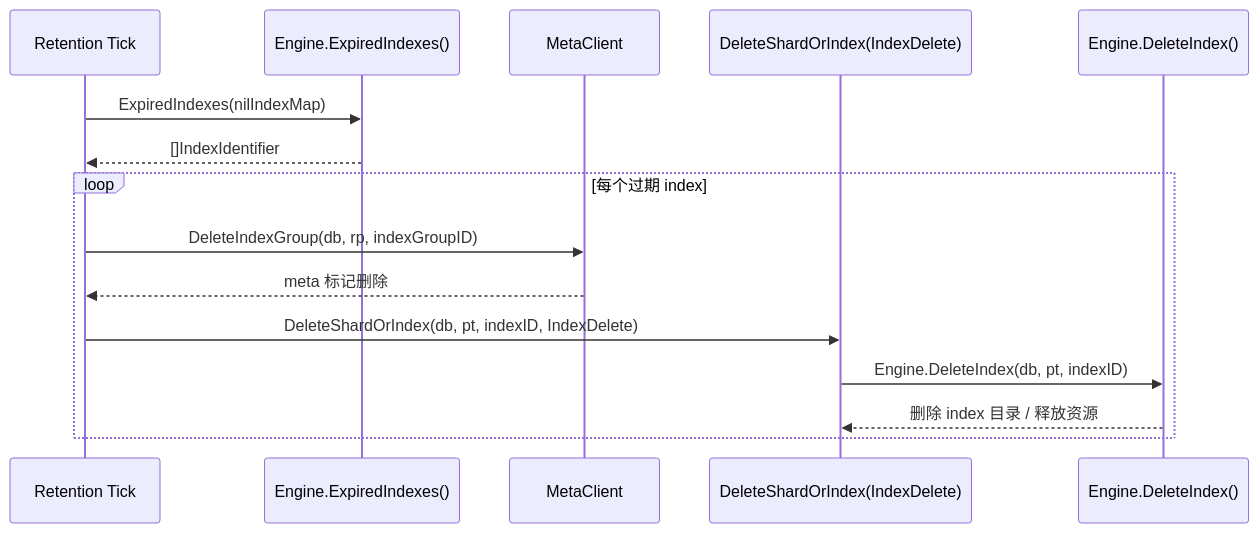
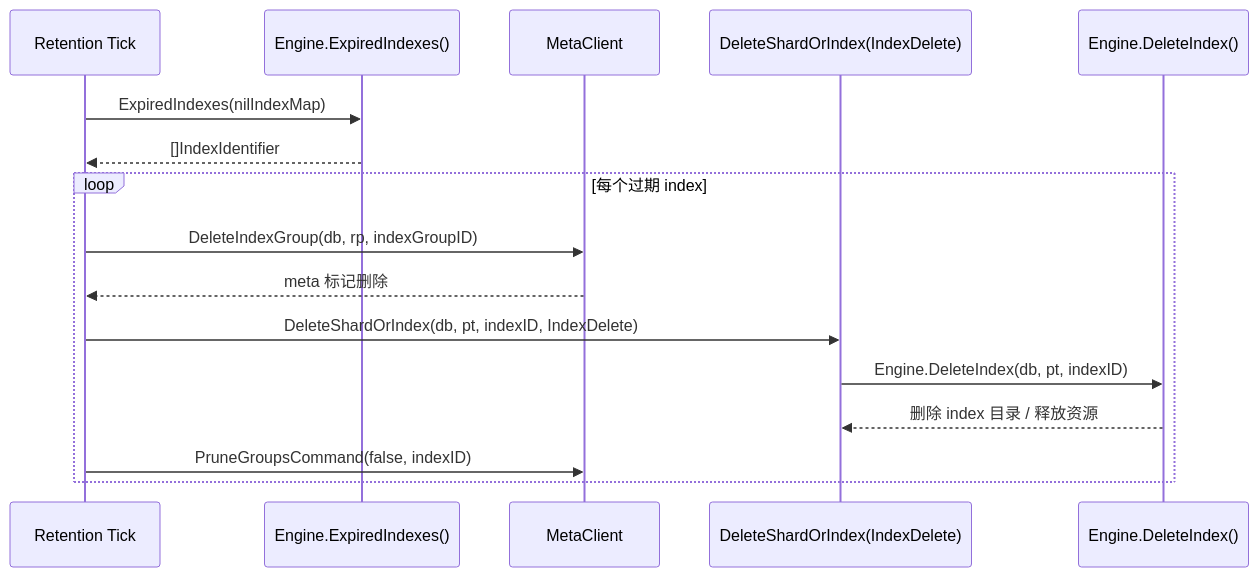
The fifth of 8 diagrams in docs/specs/18_retention_policy_spec.md (stefanv5/openGemini), drawn with Mermaid before and after one commit. The commit also changed other lines of this file and 37 other files, not shown here.

````diff
--- a/docs/specs/18_retention_policy_spec.md
+++ b/docs/specs/18_retention_policy_spec.md
@@ -252,18 +274,19 @@
 ```mermaid
 sequenceDiagram
     participant Tick as Retention Tick
     participant Engine as Engine.ExpiredIndexes()
     participant Meta as MetaClient
     participant Delete as DeleteShardOrIndex(IndexDelete)
     participant Index as Engine.DeleteIndex()
 
     Tick->>Engine: ExpiredIndexes(nilIndexMap)
     Engine-->>Tick: []IndexIdentifier
     loop 每个过期 index
         Tick->>Meta: DeleteIndexGroup(db, rp, indexGroupID)
         Meta-->>Tick: meta 标记删除
         Tick->>Delete: DeleteShardOrIndex(db, pt, indexID, IndexDelete)
         Delete->>Index: Engine.DeleteIndex(db, pt, indexID)
         Index-->>Delete: 删除 index 目录 / 释放资源
+        Tick->>Meta: PruneGroupsCommand(false, indexID)
     end
 ```
````
